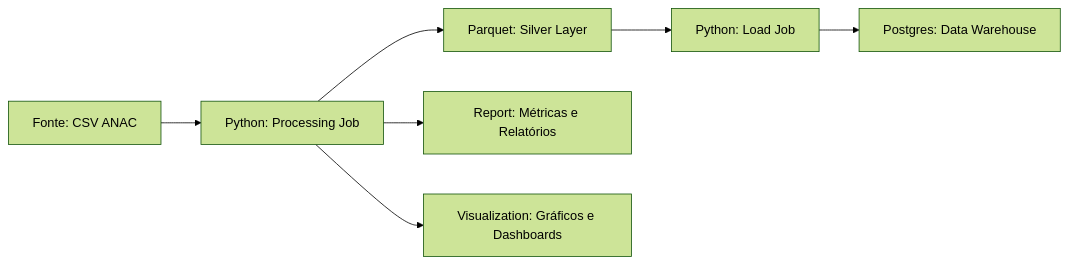
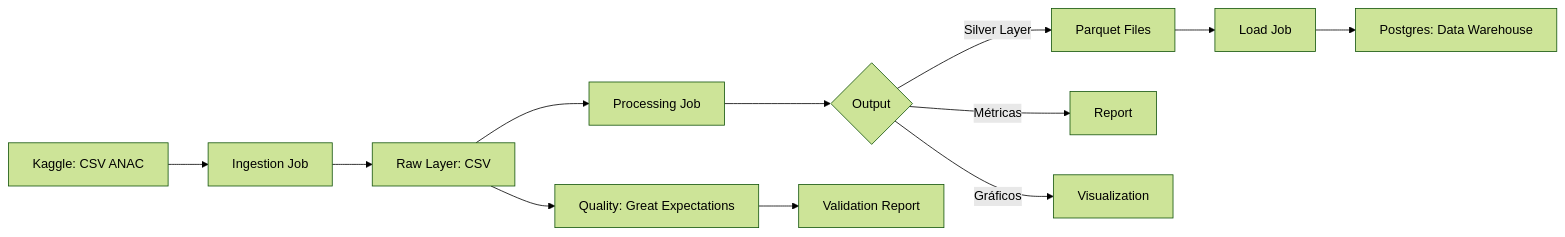
The diagram in README.md (gustavocn121/Lab01_PART2_NUSP), drawn with Mermaid (forest theme) before and after one commit. The commit also changed other lines of this file, not shown here.

````diff
--- a/README.md
+++ b/README.md
@@ -14,9 +14,14 @@
 ```mermaid
 flowchart LR
-    A[Fonte: CSV ANAC] --> B[Python: Processing Job]
-    B --> C[Parquet: Silver Layer]
-    C --> D[Python: Load Job]
-    D --> E[Postgres: Data Warehouse]
-    B --> F[Report: Métricas e Relatórios]
-    B --> G[Visualization: Gráficos e Dashboards]
+    A[Kaggle: CSV ANAC] --> B[Ingestion Job]
+    B --> C[Raw Layer: CSV]
+    C --> D[Processing Job]
+    D --> E{Output}
+    E -->|Silver Layer| F[Parquet Files]
+    E -->|Métricas| G[Report]
+    E -->|Gráficos| H[Visualization]
+    F --> I[Load Job]
+    I --> J[Postgres: Data Warehouse]
+    C --> K[Quality: Great Expectations]
+    K --> L[Validation Report]
 ```
````
